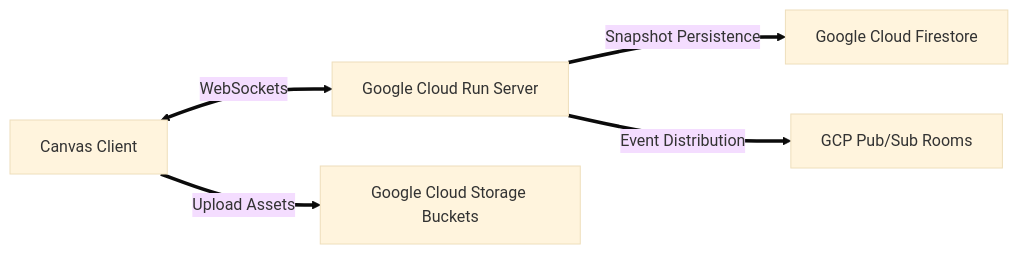
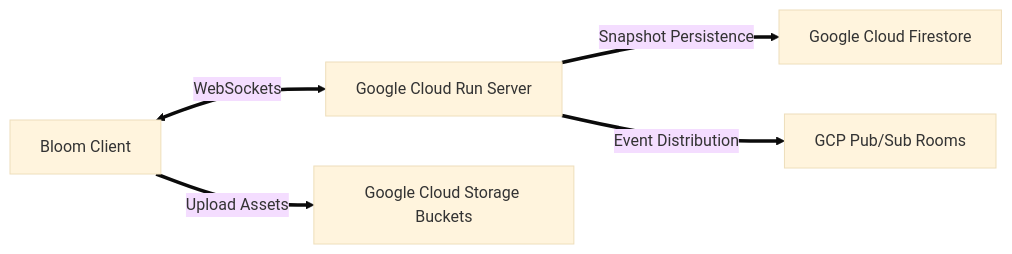
The diagram in docs/GCP_DEPLOYMENT.md (venky24K/canvas), drawn with Mermaid (base theme) before and after one commit. The commit also changed other lines of this file and 2 other files, not shown here.

Commit message:
docs: rename project to Bloom and update architectural documentation

````diff
--- a/docs/GCP_DEPLOYMENT.md
+++ b/docs/GCP_DEPLOYMENT.md
@@ -11,7 +11,7 @@
 ```mermaid
 graph LR
-    Client[Canvas Client] <== WebSockets ==> CloudRun[Google Cloud Run Server]
+    Client[Bloom Client] <== WebSockets ==> CloudRun[Google Cloud Run Server]
     Client == Upload Assets ==> GCS[Google Cloud Storage Buckets]
     CloudRun == Snapshot Persistence ==> Firestore[Google Cloud Firestore]
     CloudRun == Event Distribution ==> PubSub[GCP Pub/Sub Rooms]
 ```
````
